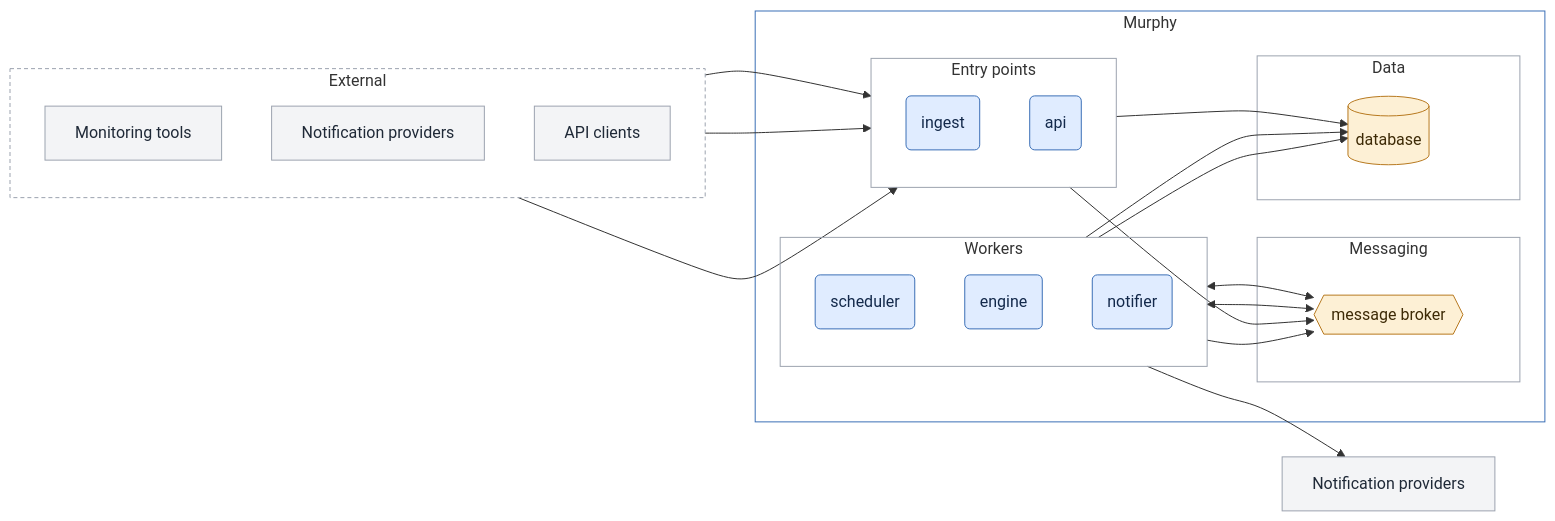
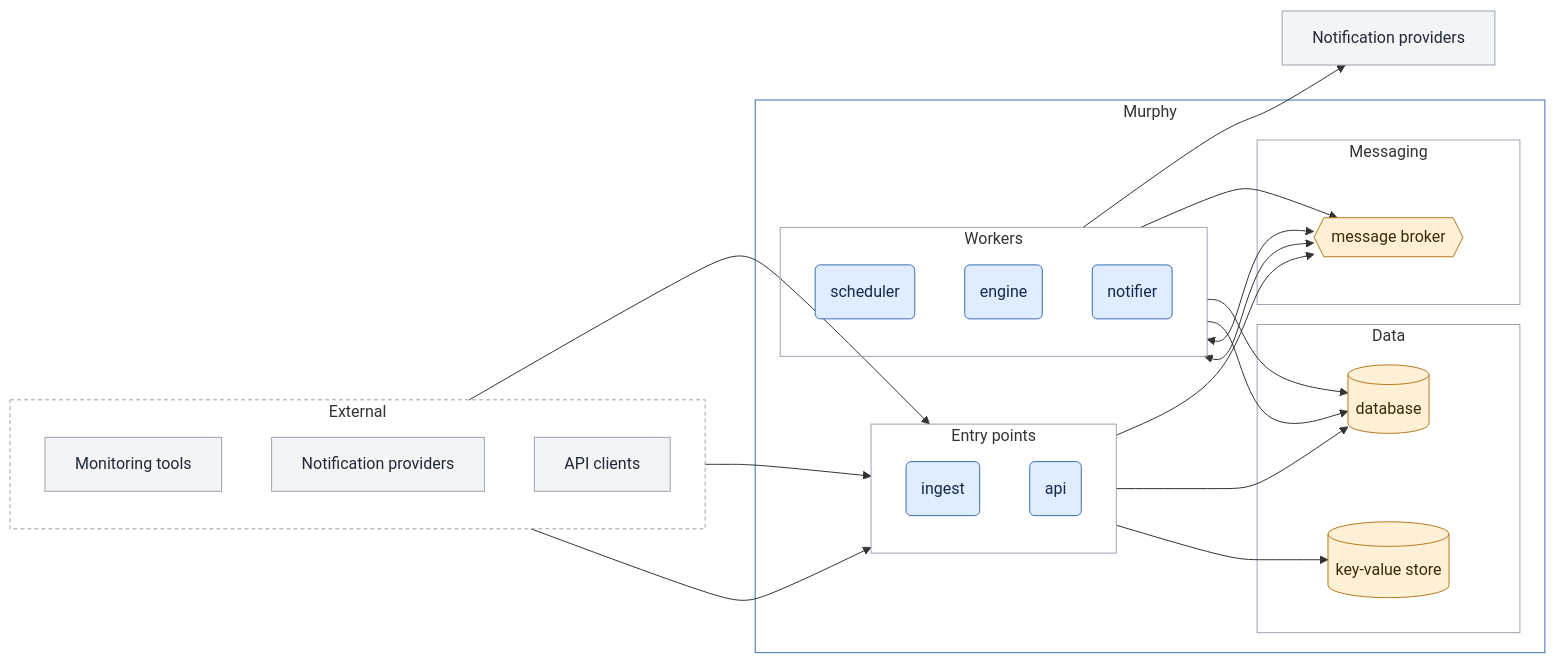
One commit to murphyhq/server changed the first of 5 diagrams in docs/architecture.md. Above: the diagram before and after it, drawn with Mermaid. The commit also changed other lines of this file and 34 other files, not shown here.

````diff
--- a/docs/architecture.md
+++ b/docs/architecture.md
@@ -5,62 +5,64 @@
 ```mermaid
 flowchart LR
   subgraph external [External]
     direction TB
     mon[Monitoring tools]
     providers_in[Notification providers]
     clients[API clients]
   end
 
   subgraph murphy [Murphy]
     subgraph entry [Entry points]
       direction TB
       ingest(ingest)
       api(api)
     end
 
     subgraph workers [Workers]
       direction TB
       scheduler(scheduler)
       engine(engine)
       notifier(notifier)
     end
 
     subgraph messaging [Messaging]
       broker{{message broker}}
     end
 
     subgraph data [Data]
       db[(database)]
+      kv[(key-value store)]
     end
   end
 
   providers_out[Notification providers]
 
   mon --> ingest
   providers_in --> ingest
   clients --> api
   notifier --> providers_out
 
   ingest --> broker
   scheduler --> broker
   broker <--> engine
   broker <--> notifier
 
   api --> db
+  api --> kv
   engine --> db
   scheduler --> db
 
   classDef outside fill:#f3f4f6,stroke:#9ca3af,color:#1f2937
   classDef component fill:#e0ecff,stroke:#3b6fb6,color:#13294b
   classDef infra fill:#fdf0d5,stroke:#b7791f,color:#3d2a06
   class mon,providers_in,clients,providers_out outside
   class ingest,api,scheduler,engine,notifier component
-  class broker,db infra
+  class broker,db,kv infra
 
   style external fill:none,stroke:#9ca3af,stroke-dasharray:4 3
   style murphy fill:none,stroke:#3b6fb6
   style entry fill:none,stroke:#9ca3af
   style workers fill:none,stroke:#9ca3af
   style messaging fill:none,stroke:#9ca3af
   style data fill:none,stroke:#9ca3af
 ```
````
